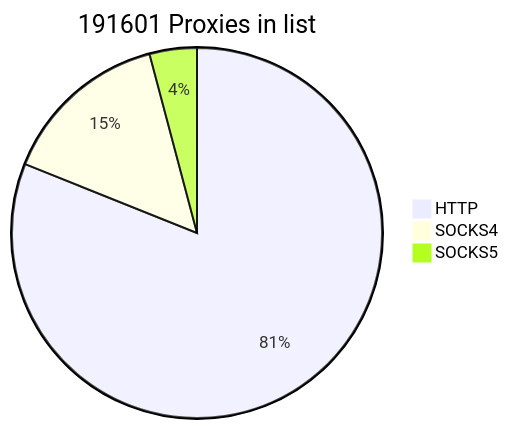
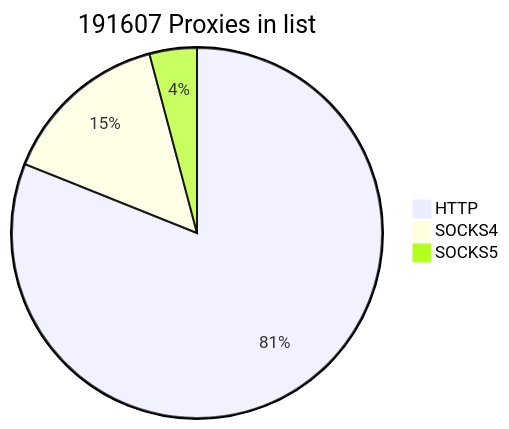
Before and after one commit to cutipu/proxylist: the first of 2 diagrams in README.md, drawn with Mermaid. The commit also changed other lines of this file, not shown here.

````diff
--- a/README.md
+++ b/README.md
@@ -2,7 +2,7 @@
 ```mermaid
-pie title 191601 Proxies in list
+pie title 191607 Proxies in list
     "HTTP" : 155323
-    "SOCKS4" : 28370
-    "SOCKS5" : 7908
+    "SOCKS4" : 28368
+    "SOCKS5" : 7916
             
 ```
````
